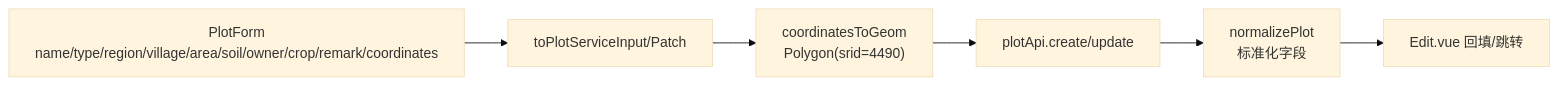
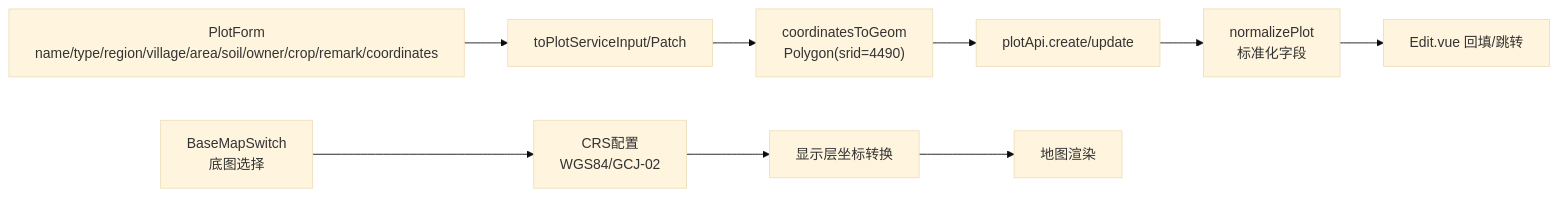
Before and after one commit to q446328246/agri-platform: the eighth of 9 diagrams in .qoder/repowiki/zh/content/前端应用文档/核心页面/地块管理页面/地块编辑页面.md, drawn with Mermaid (base theme). The commit also changed other lines of this file and 48 other files, not shown here.

````diff
--- a/.qoder/repowiki/zh/content/前端应用文档/核心页面/地块管理页面/地块编辑页面.md
+++ b/.qoder/repowiki/zh/content/前端应用文档/核心页面/地块管理页面/地块编辑页面.md
@@ -343,8 +440,11 @@
 ```mermaid
 flowchart LR
 Form["PlotForm<br/>name/type/region/village/area/soil/owner/crop/remark/coordinates"] --> ToSvc["toPlotServiceInput/Patch"]
 ToSvc --> Geom["coordinatesToGeom<br/>Polygon(srid=4490)"]
 Geom --> API["plotApi.create/update"]
 API --> Resp["normalizePlot<br/>标准化字段"]
 Resp --> UI["Edit.vue 回填/跳转"]
+Basemap["BaseMapSwitch<br/>底图选择"] --> CRS["CRS配置<br/>WGS84/GCJ-02"]
+CRS --> Display["显示层坐标转换"]
+Display --> Map["地图渲染"]
 ```
````
